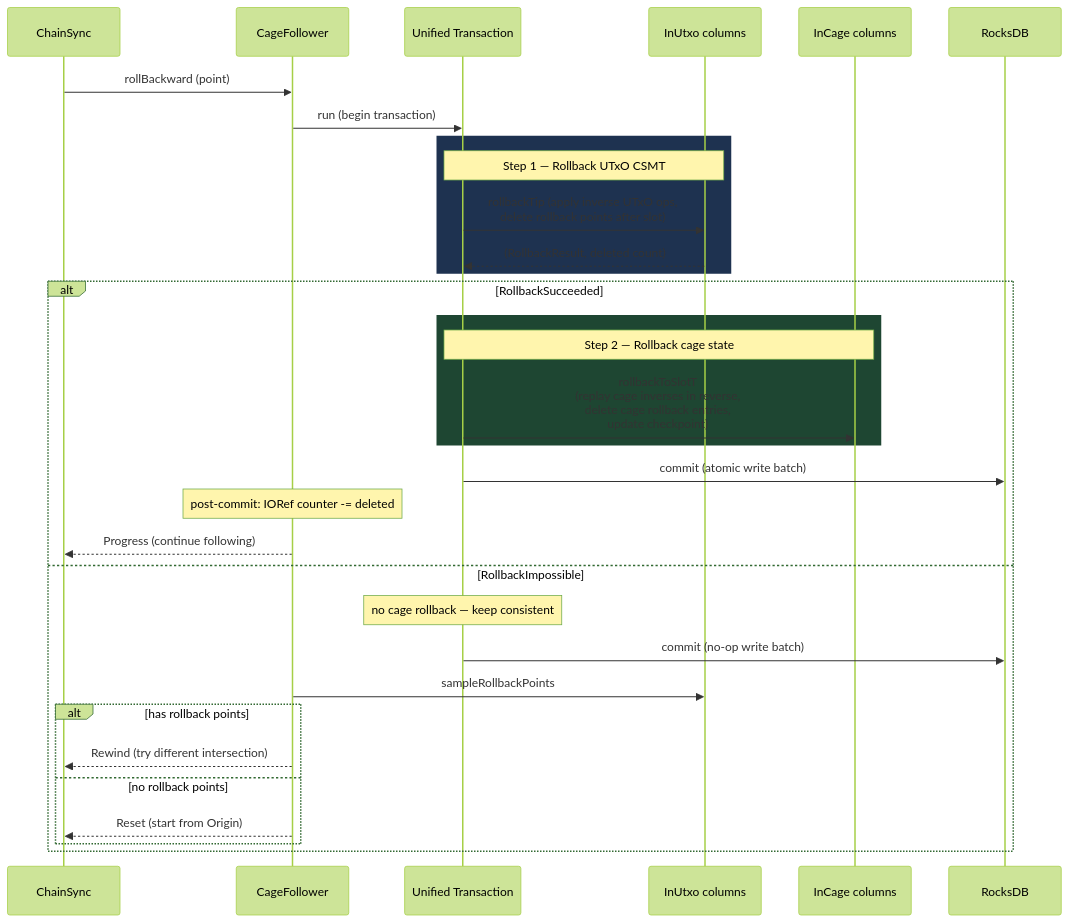
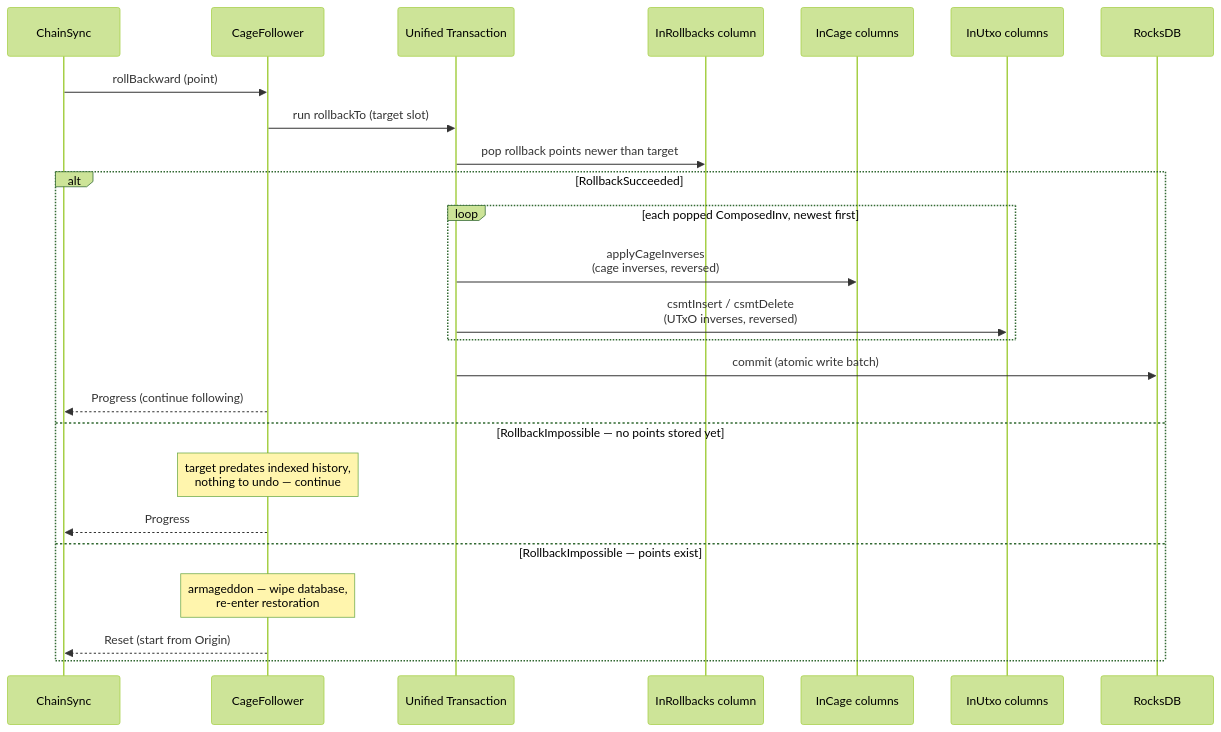
The third of 7 diagrams in docs/architecture/block-processing.md (lambdasistemi/cardano-mpfs-offchain), drawn with Mermaid (forest theme) before and after one commit. The commit also changed other lines of this file and 5 other files, not shown here.

````diff
--- a/docs/architecture/block-processing.md
+++ b/docs/architecture/block-processing.md
@@ -125,38 +127,30 @@
 ```mermaid
 sequenceDiagram
     participant CS as ChainSync
     participant CF as CageFollower
     participant TX as Unified Transaction
+    participant RB as InRollbacks column
+    participant CAGE as InCage columns
     participant UTXO as InUtxo columns
-    participant CAGE as InCage columns
     participant DB as RocksDB
 
     CS->>CF: rollBackward (point)
 
-    CF->>TX: run (begin transaction)
-
-    rect rgb(30, 50, 80)
-        Note over TX,UTXO: Step 1 — Rollback UTxO CSMT
-        TX->>UTXO: rollbackTip (apply inverse UTxO ops,<br/>delete rollback points after slot)
-        UTXO-->>TX: (RollbackResult, deleted count)
-    end
+    CF->>TX: run rollbackTo (target slot)
+    TX->>RB: pop rollback points newer than target
 
     alt RollbackSucceeded
-        rect rgb(30, 70, 50)
-            Note over TX,CAGE: Step 2 — Rollback cage state
-            TX->>CAGE: rollbackToSlotT<br/>(replay cage inverses in reverse,<br/>delete cage rollback entries,<br/>update checkpoint)
+        loop each popped ComposedInv, newest first
+            TX->>CAGE: applyCageInverses<br/>(cage inverses, reversed)
+            TX->>UTXO: csmtInsert / csmtDelete<br/>(UTxO inverses, reversed)
         end
         TX->>DB: commit (atomic write batch)
-        Note over CF: post-commit: IORef counter -= deleted
         CF-->>CS: Progress (continue following)
-    else RollbackImpossible
-        Note over TX: no cage rollback — keep consistent
-        TX->>DB: commit (no-op write batch)
-        CF->>UTXO: sampleRollbackPoints
-        alt has rollback points
-            CF-->>CS: Rewind (try different intersection)
-        else no rollback points
-            CF-->>CS: Reset (start from Origin)
-        end
+    else RollbackImpossible — no points stored yet
+        Note over CF: target predates indexed history,<br/>nothing to undo — continue
+        CF-->>CS: Progress
+    else RollbackImpossible — points exist
+        Note over CF: armageddon — wipe database,<br/>re-enter restoration
+        CF-->>CS: Reset (start from Origin)
     end
 ```
````
